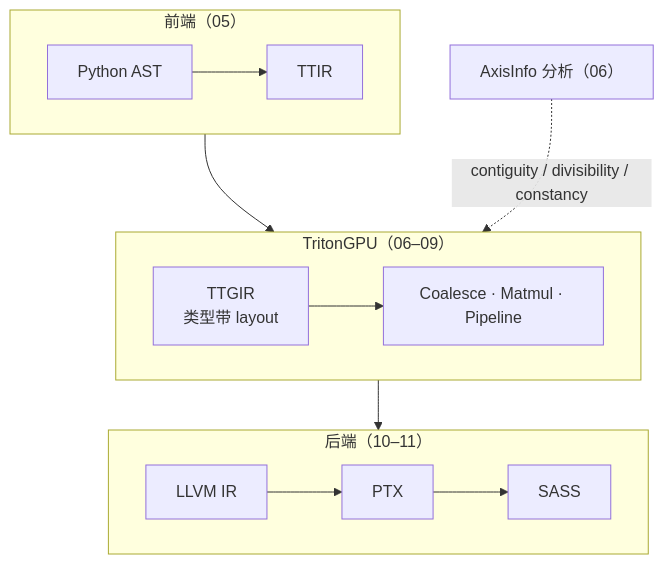
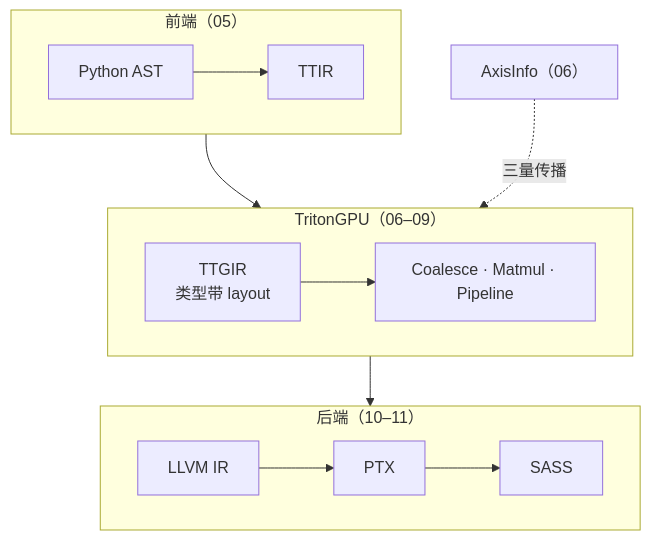
One commit to arganzheng/arganzheng.github.com changed the first of 3 diagrams in slides/2026-12-04-ml-compilers.md. Above: the diagram before and after it, drawn with Mermaid. The commit also changed other lines of this file, not shown here.

Commit message:
slides(2026-12-04-ml-compilers): 图内文字 ≥14px——标签缩短/拆分/Unicode 数学

````diff
--- a/slides/2026-12-04-ml-compilers.md
+++ b/slides/2026-12-04-ml-compilers.md
@@ -33,18 +33,18 @@
 ```mermaid
 %%{init: {"flowchart": {"wrappingWidth": 160}}}%%
 flowchart TB
     subgraph FE["前端（05）"]
         direction LR
         PY["Python AST"] --> TTIR["TTIR"]
     end
     subgraph MID["TritonGPU（06–09）"]
         direction LR
         TTGIR["TTGIR<br/>类型带 layout"] --> OPT["Coalesce · Matmul · Pipeline"]
     end
     subgraph BE["后端（10–11）"]
         direction LR
         LL["LLVM IR"] --> PTX["PTX"] --> SASS["SASS"]
     end
     FE --> MID --> BE
-    AX["AxisInfo 分析（06）"] -. "contiguity / divisibility / constancy" .-> MID
+    AX["AxisInfo（06）"] -. "三量传播" .-> MID
 ```
````
